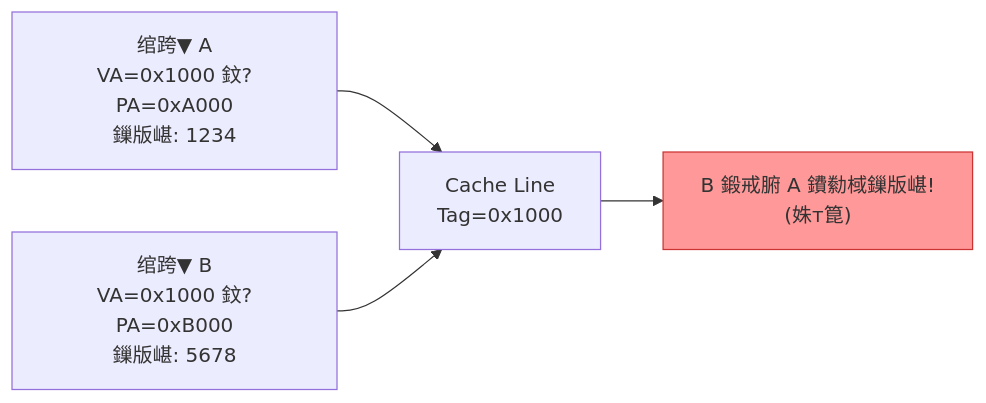
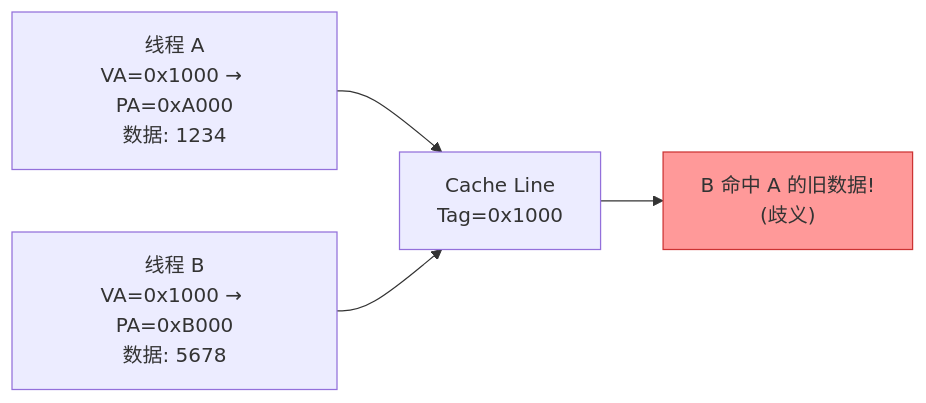
One commit to muyuzhang29-oss/obsidian-knowledge-base changed the second of 8 diagrams in 09-Notes/07-Cache组织与策略.md. Above: the diagram before and after it, drawn with Mermaid. The commit also changed other lines of this file and 144 other files, not shown here.

````diff
--- a/09-Notes/07-Cache组织与策略.md
+++ b/09-Notes/07-Cache组织与策略.md
@@ -29,7 +29,7 @@
 ```mermaid
 flowchart LR
-    T1["绾跨▼ A<br/>VA=0x1000 鈫?PA=0xA000<br/>鏁版嵁: 1234"] --> CL["Cache Line<br/>Tag=0x1000"]
-    T2["绾跨▼ B<br/>VA=0x1000 鈫?PA=0xB000<br/>鏁版嵁: 5678"] --> CL
-    CL --> ERR["B 鍛戒腑 A 鐨勬棫鏁版嵁!<br/>(姝т箟)"]
+    T1["线程 A<br/>VA=0x1000 → PA=0xA000<br/>数据: 1234"] --> CL["Cache Line<br/>Tag=0x1000"]
+    T2["线程 B<br/>VA=0x1000 → PA=0xB000<br/>数据: 5678"] --> CL
+    CL --> ERR["B 命中 A 的旧数据!<br/>(歧义)"]
     style ERR fill:#f99,stroke:#c33
 ```
````
